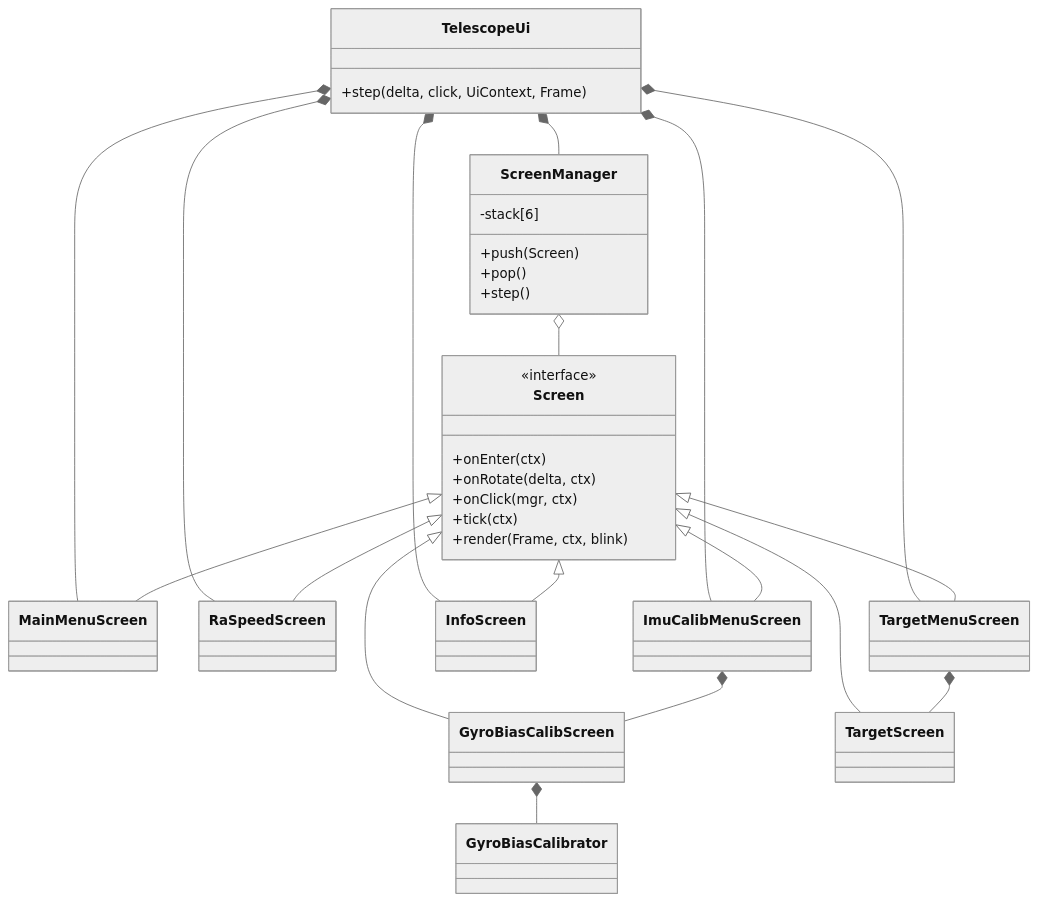
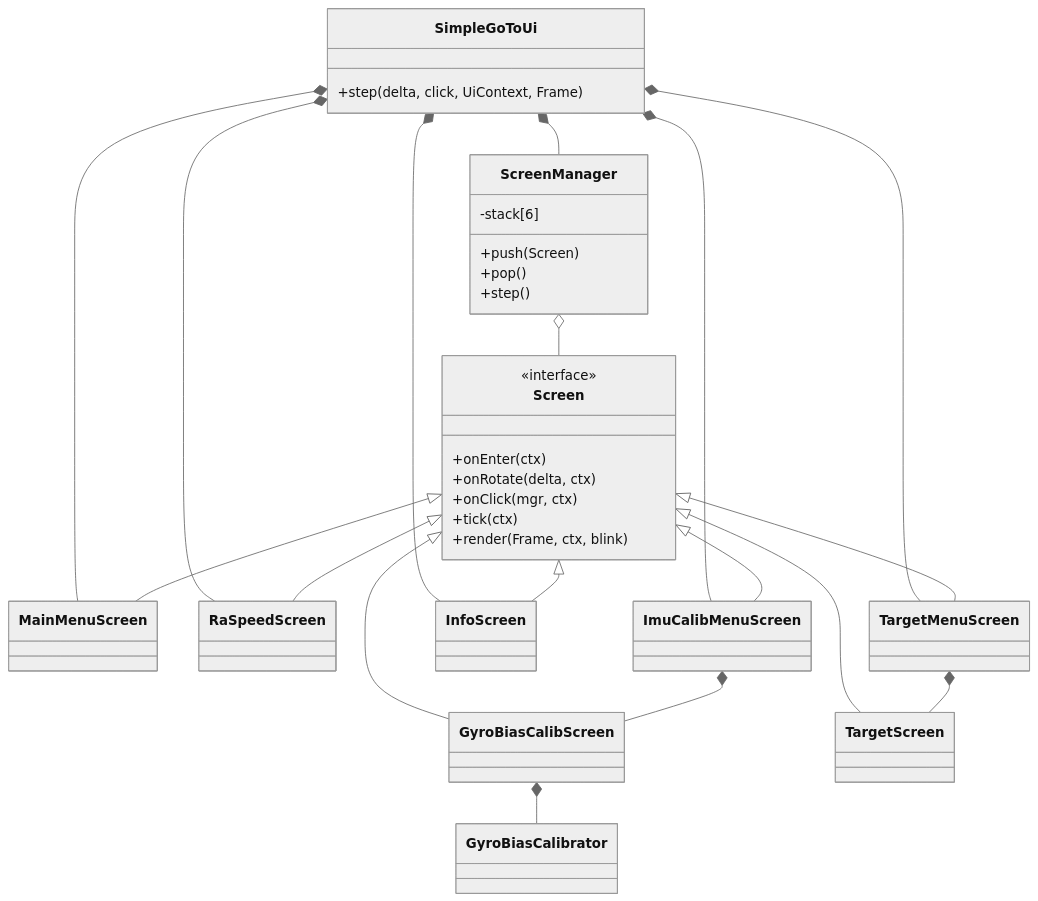
One commit to Kimbyung-wook/EspGotoTelescope changed the third of 3 diagrams in docs/architecture/ARCHITECTURE.md. Above: the diagram before and after it, drawn with Mermaid (neutral theme). The commit also changed other lines of this file and 16 other files, not shown here.

First line of the commit message:
코드 이름을 SimpleGoTo로: TelescopeUi -> SimpleGoToUi

````diff
--- a/docs/architecture/ARCHITECTURE.md
+++ b/docs/architecture/ARCHITECTURE.md
@@ -150,46 +150,46 @@
 ```mermaid
 classDiagram
-  class TelescopeUi {
+  class SimpleGoToUi {
     +step(delta, click, UiContext, Frame)
   }
   class ScreenManager {
     -stack[6]
     +push(Screen)
     +pop()
     +step()
   }
   class Screen {
     <<interface>>
     +onEnter(ctx)
     +onRotate(delta, ctx)
     +onClick(mgr, ctx)
     +tick(ctx)
     +render(Frame, ctx, blink)
   }
   class MainMenuScreen
   class RaSpeedScreen
   class ImuCalibMenuScreen
   class GyroBiasCalibScreen
   class InfoScreen
   class GyroBiasCalibrator
   class TargetMenuScreen
   class TargetScreen
 
-  TelescopeUi *-- ScreenManager
-  TelescopeUi *-- MainMenuScreen
-  TelescopeUi *-- RaSpeedScreen
-  TelescopeUi *-- ImuCalibMenuScreen
-  TelescopeUi *-- InfoScreen
-  TelescopeUi *-- TargetMenuScreen
+  SimpleGoToUi *-- ScreenManager
+  SimpleGoToUi *-- MainMenuScreen
+  SimpleGoToUi *-- RaSpeedScreen
+  SimpleGoToUi *-- ImuCalibMenuScreen
+  SimpleGoToUi *-- InfoScreen
+  SimpleGoToUi *-- TargetMenuScreen
   Screen <|-- TargetMenuScreen
   Screen <|-- TargetScreen
   TargetMenuScreen *-- TargetScreen
   ScreenManager o-- Screen
   Screen <|-- MainMenuScreen
   Screen <|-- RaSpeedScreen
   Screen <|-- ImuCalibMenuScreen
   Screen <|-- GyroBiasCalibScreen
   Screen <|-- InfoScreen
   ImuCalibMenuScreen *-- GyroBiasCalibScreen
   GyroBiasCalibScreen *-- GyroBiasCalibrator
 ```
````
